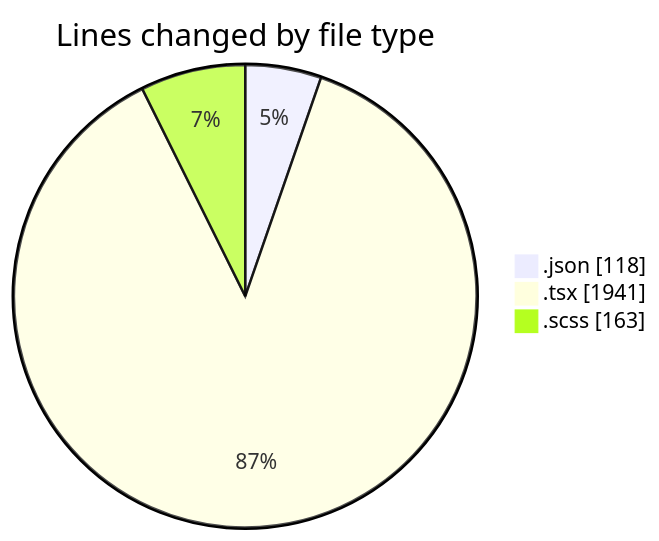
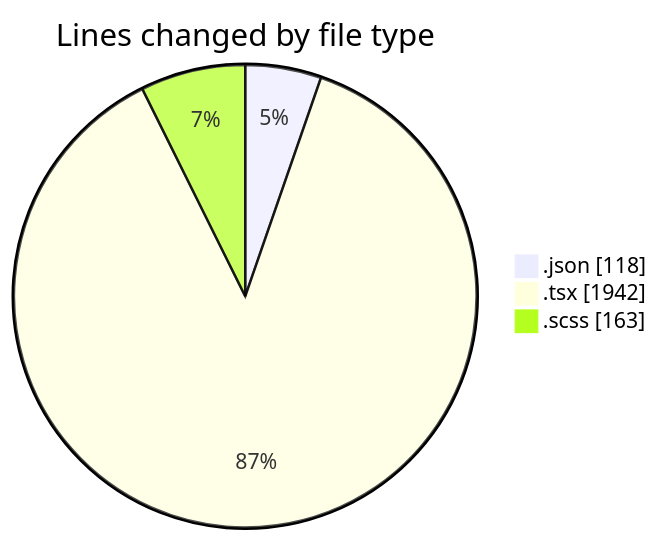
Before and after one commit to momahboobian/code-tracking: the first of 2 diagrams in 2025-11-19/cda/README.md, drawn with Mermaid. The commit also changed other lines of this file and 1 other file, not shown here.

````diff
--- a/2025-11-19/cda/README.md
+++ b/2025-11-19/cda/README.md
@@ -23,7 +23,7 @@
 ```mermaid
 pie showData
 title Lines changed by file type
 ".json" : 118
-".tsx" : 1941
+".tsx" : 1942
 ".scss" : 163
 ```
````
